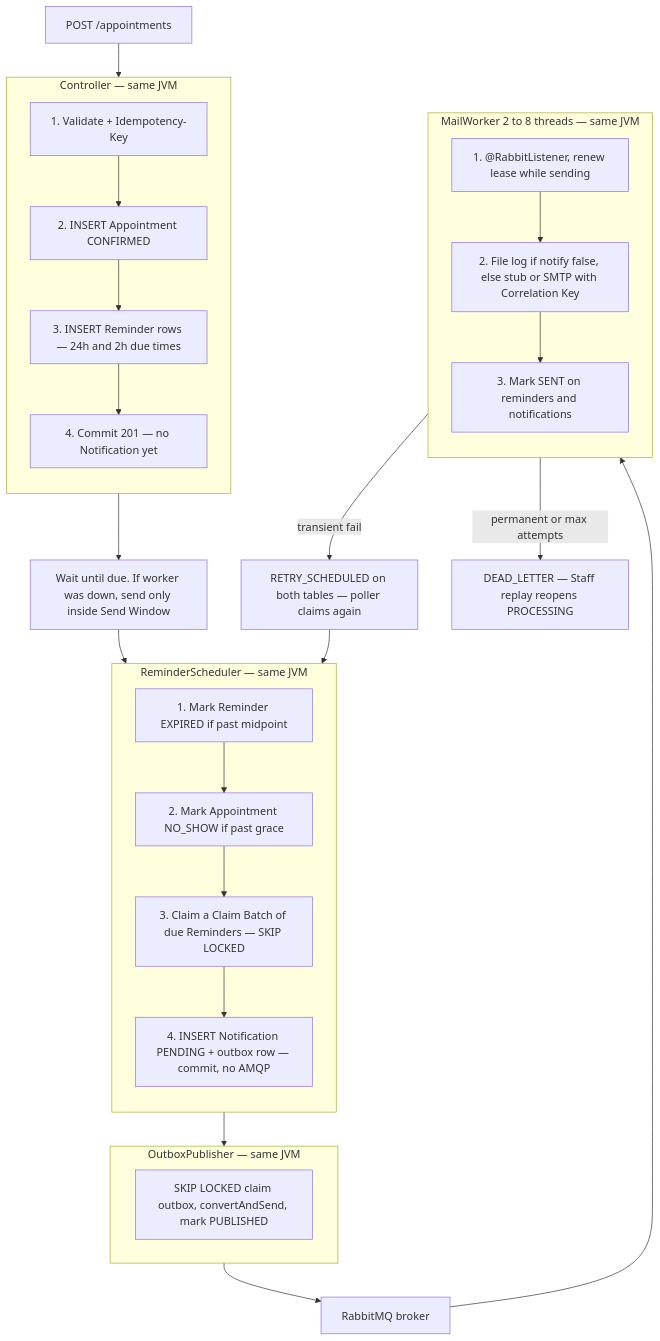
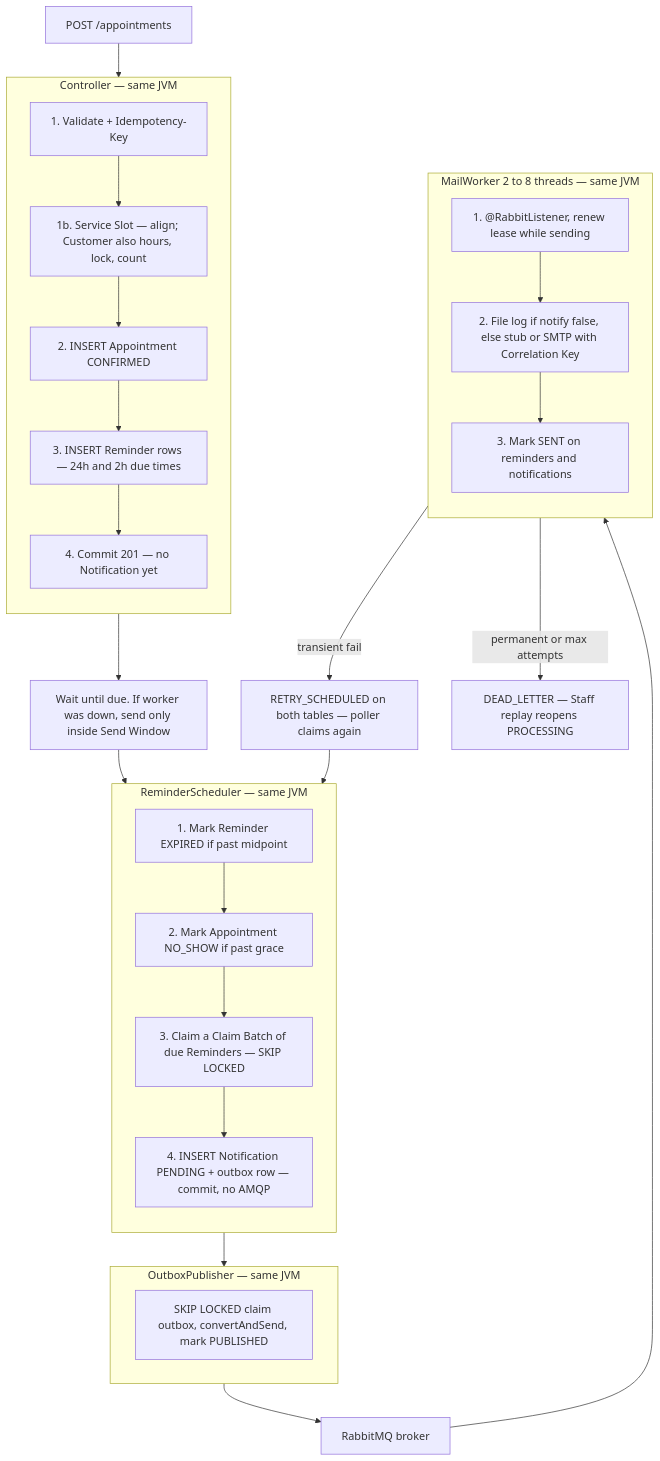
One commit to GreatNerve/Dealership-Backend changed the second of 5 diagrams in docs/architecture.md. Above: the diagram before and after it, drawn with Mermaid. The commit also changed other lines of this file and 45 other files, not shown here.

````diff
--- a/docs/architecture.md
+++ b/docs/architecture.md
@@ -43,45 +43,46 @@
 ```mermaid
 flowchart TB
   Client["POST /appointments"]
 
   subgraph controller [Controller — same JVM]
     direction TB
     A1["1. Validate + Idempotency-Key"]
+    A15["1b. Service Slot — align; Customer also hours, lock, count"]
     A2["2. INSERT Appointment CONFIRMED"]
     A3["3. INSERT Reminder rows — 24h and 2h due times"]
     A4["4. Commit 201 — no Notification yet"]
-    A1 --> A2 --> A3 --> A4
+    A1 --> A15 --> A2 --> A3 --> A4
   end
 
   Wait["Wait until due. If worker was down, send only inside Send Window"]
 
   subgraph reminderPoller [ReminderScheduler — same JVM]
     direction TB
     P1["1. Mark Reminder EXPIRED if past midpoint"]
     P2["2. Mark Appointment NO_SHOW if past grace"]
     P3["3. Claim a Claim Batch of due Reminders — SKIP LOCKED"]
     P4["4. INSERT Notification PENDING + outbox row — commit, no AMQP"]
     P1 --> P2 --> P3 --> P4
   end
 
   subgraph publisher [OutboxPublisher — same JVM]
     O1["SKIP LOCKED claim outbox, convertAndSend, mark PUBLISHED"]
   end
 
   RMQ[RabbitMQ broker]
 
   subgraph worker [MailWorker 2 to 8 threads — same JVM]
     direction TB
     W1["1. @RabbitListener, renew lease while sending"]
     W2["2. File log if notify false, else stub or SMTP with Correlation Key"]
     W3["3. Mark SENT on reminders and notifications"]
     W1 --> W2 --> W3
   end
 
   Retry["RETRY_SCHEDULED on both tables — poller claims again"]
   Dead["DEAD_LETTER — Staff replay reopens PROCESSING"]
 
   Client --> controller --> Wait --> reminderPoller --> publisher --> RMQ --> worker
   worker -->|transient fail| Retry --> reminderPoller
   worker -->|permanent or max attempts| Dead
 ```
````
